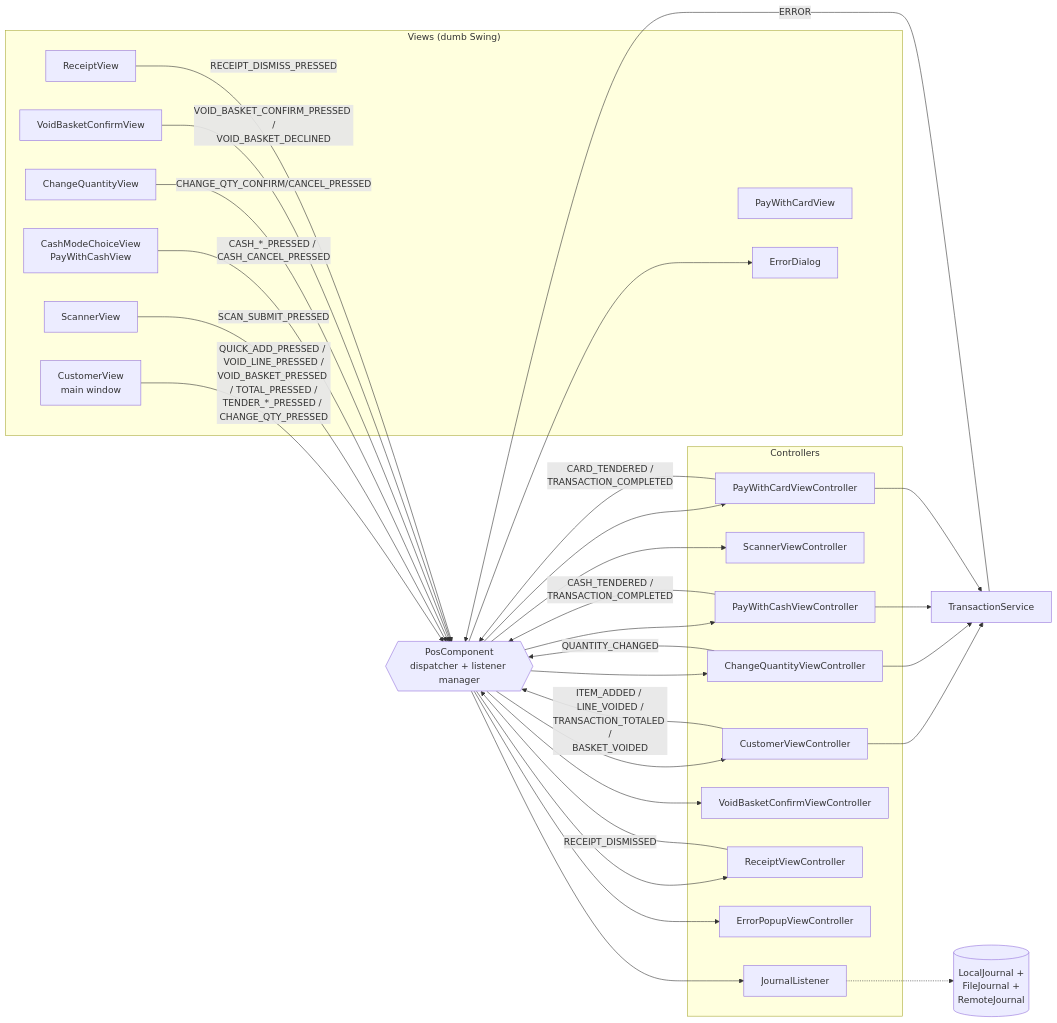
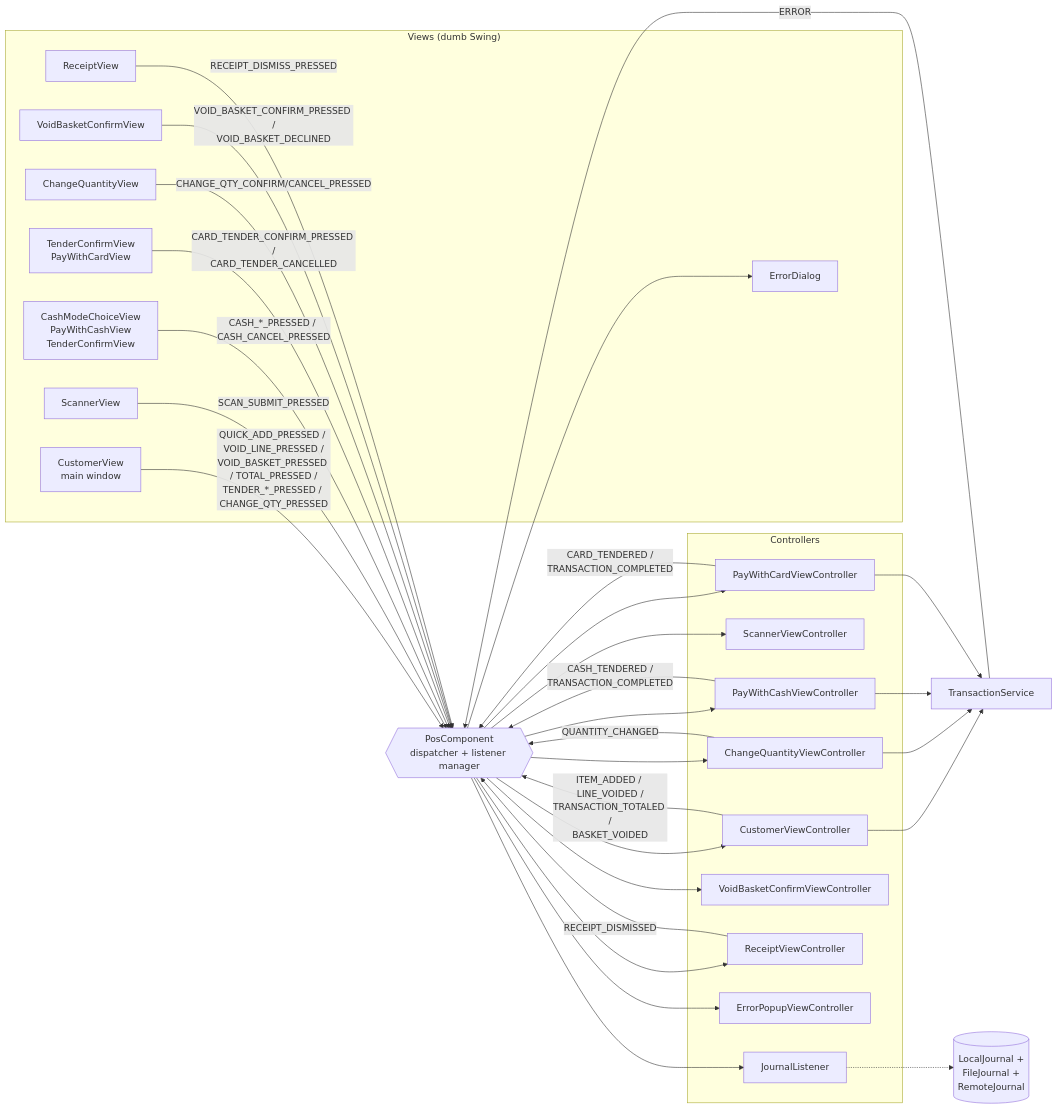
Before and after one commit to rhuel-laurente-rp/rocketpartners-pos: the second of 2 diagrams in docs/Phase 1/event-flow.md, drawn with Mermaid. The commit also changed other lines of this file and 57 other files, not shown here.

````diff
--- a/docs/Phase 1/event-flow.md
+++ b/docs/Phase 1/event-flow.md
@@ -119,52 +125,53 @@
 ```mermaid
 flowchart LR
     subgraph Views["Views (dumb Swing)"]
         CV[CustomerView<br/>main window]
         SV[ScannerView]
-        CDlg[CashModeChoiceView<br/>PayWithCashView]
-        CardDlg[PayWithCardView]
+        CDlg[CashModeChoiceView<br/>PayWithCashView<br/>TenderConfirmView]
+        CardDlg[TenderConfirmView<br/>PayWithCardView]
         QDlg[ChangeQuantityView]
         VDlg[VoidBasketConfirmView]
         RDlg[ReceiptView]
         EDlg[ErrorDialog]
     end
 
     subgraph Controllers["Controllers"]
         CVC[CustomerViewController]
         SVC[ScannerViewController]
         CashC[PayWithCashViewController]
         CardC[PayWithCardViewController]
         QC[ChangeQuantityViewController]
         VC[VoidBasketConfirmViewController]
         RC[ReceiptViewController]
         EC[ErrorPopupViewController]
         JL[JournalListener]
     end
 
     PC{{PosComponent<br/>dispatcher + listener manager}}
     TS[TransactionService]
 
     CV -- QUICK_ADD_PRESSED / VOID_LINE_PRESSED /<br/>VOID_BASKET_PRESSED / TOTAL_PRESSED /<br/>TENDER_*_PRESSED / CHANGE_QTY_PRESSED --> PC
     SV -- SCAN_SUBMIT_PRESSED --> PC
     CDlg -- CASH_*_PRESSED / CASH_CANCEL_PRESSED --> PC
+    CardDlg -- CARD_TENDER_CONFIRM_PRESSED /<br/>CARD_TENDER_CANCELLED --> PC
     QDlg -- CHANGE_QTY_CONFIRM/CANCEL_PRESSED --> PC
     VDlg -- VOID_BASKET_CONFIRM_PRESSED /<br/>VOID_BASKET_DECLINED --> PC
     RDlg -- RECEIPT_DISMISS_PRESSED --> PC
 
     PC --> CVC & SVC & CashC & CardC & QC & VC & RC & EC & JL
 
     CVC --> TS
     QC --> TS
     CashC --> TS
     CardC --> TS
 
     CVC -- ITEM_ADDED / LINE_VOIDED /<br/>TRANSACTION_TOTALED /<br/>BASKET_VOIDED --> PC
     QC -- QUANTITY_CHANGED --> PC
     CashC -- CASH_TENDERED /<br/>TRANSACTION_COMPLETED --> PC
     CardC -- CARD_TENDERED /<br/>TRANSACTION_COMPLETED --> PC
     RC -- RECEIPT_DISMISSED --> PC
     TS -- ERROR --> PC
     PC --> EDlg
 
     JL -.-> Journals[(LocalJournal +<br/>FileJournal +<br/>RemoteJournal)]
 ```
````
